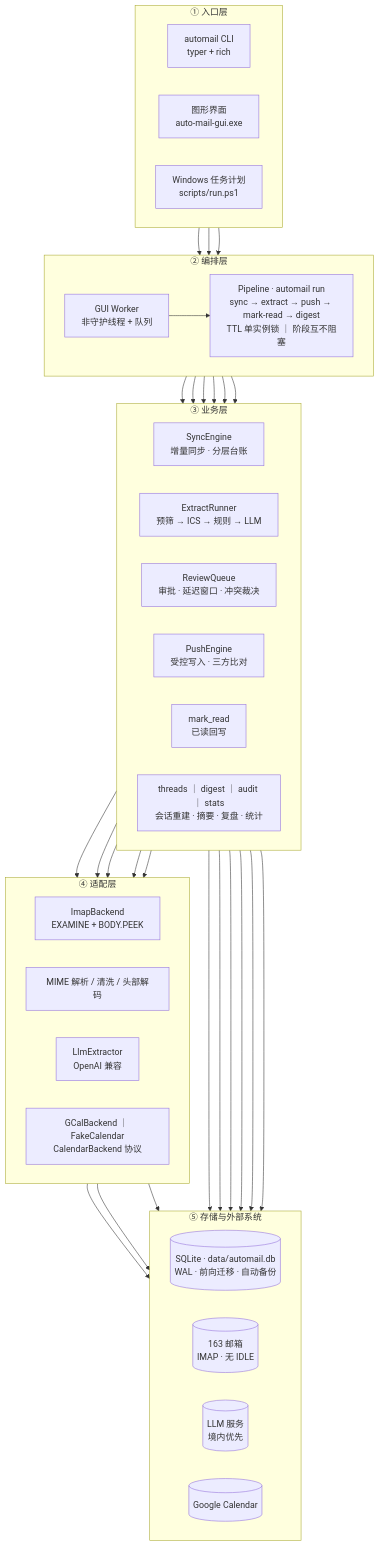
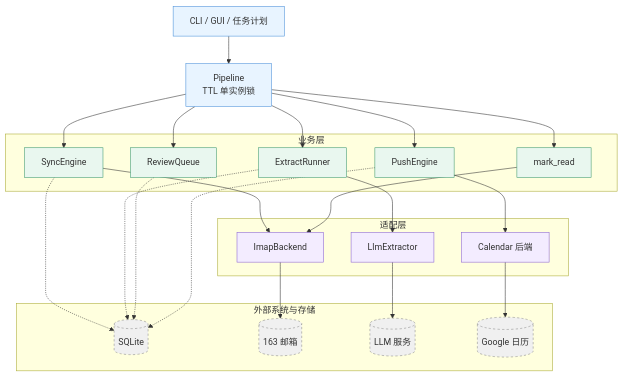
One commit to GoingFall/auto-mail changed the first of 7 diagrams in README.md. Above: the diagram before and after it, drawn with Mermaid. The commit also changed other lines of this file, not shown here.

First line of the commit message:
README: 按 mermaid-readability 规则重做全部图表

````diff
--- a/README.md
+++ b/README.md
@@ -43,52 +48,43 @@
 ```mermaid
 flowchart TB
-    subgraph L1["① 入口层"]
-        direction LR
-        CLIENTRY["automail CLI<br/>typer + rich"]
-        GUIENTRY["图形界面<br/>auto-mail-gui.exe"]
-        TASKENTRY["Windows 任务计划<br/>scripts/run.ps1"]
+    CLI["CLI / GUI / 任务计划"]
+    PIPE["Pipeline<br/>TTL 单实例锁"]
+
+    subgraph BIZ["业务层"]
+        SYNC["SyncEngine"]
+        EXT["ExtractRunner"]
+        REVQ["ReviewQueue"]
+        PUSH["PushEngine"]
+        MR["mark_read"]
     end
 
-    subgraph L2["② 编排层"]
-        direction LR
-        PIPE["Pipeline · automail run<br/>sync → extract → push → mark-read → digest<br/>TTL 单实例锁 ｜ 阶段互不阻塞"]
-        WORKER["GUI Worker<br/>非守护线程 + 队列"]
+    subgraph ADP["适配层"]
+        IMAPB["ImapBackend"]
+        LLMB["LlmExtractor"]
+        CALB["Calendar 后端"]
     end
 
-    subgraph L3["③ 业务层"]
-        direction LR
-        SYNC["SyncEngine<br/>增量同步 · 分层台账"]
-        EXT["ExtractRunner<br/>预筛 → ICS → 规则 → LLM"]
-        REVQ["ReviewQueue<br/>审批 · 延迟窗口 · 冲突裁决"]
-        PUSHER["PushEngine<br/>受控写入 · 三方比对"]
-        READER["mark_read<br/>已读回写"]
-        MISC["threads ｜ digest ｜ audit ｜ stats<br/>会话重建 · 摘要 · 复盘 · 统计"]
+    subgraph OUT["外部系统与存储"]
+        DB[("SQLite")]
+        MAIL[("163 邮箱")]
+        LLMSVC[("LLM 服务")]
+        GCAL[("Google 日历")]
     end
 
-    subgraph L4["④ 适配层"]
-        direction LR
-        IMAPB["ImapBackend<br/>EXAMINE + BODY.PEEK"]
-        MIMEB["MIME 解析 / 清洗 / 头部解码"]
-        LLMB["LlmExtractor<br/>OpenAI 兼容"]
-        CALB["GCalBackend ｜ FakeCalendar<br/>CalendarBackend 协议"]
-    end
+    CLI --> PIPE
+    PIPE --> SYNC & EXT & REVQ & PUSH & MR
+    SYNC --> IMAPB --> MAIL
+    EXT --> LLMB --> LLMSVC
+    PUSH --> CALB --> GCAL
+    MR --> IMAPB
+    SYNC & EXT & REVQ & PUSH -.-> DB
 
-    subgraph L5["⑤ 存储与外部系统"]
-        direction LR
-        DB[("SQLite · data/automail.db<br/>WAL · 前向迁移 · 自动备份")]
-        MAILSVC[("163 邮箱<br/>IMAP · 无 IDLE")]
-        LLMSVC[("LLM 服务<br/>境内优先")]
-        GCALSVC[("Google Calendar")]
-    end
-
-    CLIENTRY --> PIPE
-    TASKENTRY --> PIPE
-    GUIENTRY --> WORKER --> PIPE
-    PIPE --> SYNC & EXT & REVQ & PUSHER & READER & MISC
-    SYNC --> IMAPB --> MAILSVC
-    SYNC --> MIMEB
-    EXT --> LLMB --> LLMSVC
-    PUSHER --> CALB --> GCALSVC
-    READER --> IMAPB
-    SYNC & EXT & REVQ & PUSHER & READER & MISC --> DB
+    classDef entry fill:#e8f4ff,stroke:#4a90d9
+    classDef svc fill:#e9f7ef,stroke:#3d9970
+    classDef adp fill:#f3ecff,stroke:#8a63d2
+    classDef ext fill:#f0f0f0,stroke:#888,stroke-dasharray:4
+    class CLI,PIPE entry
+    class SYNC,EXT,REVQ,PUSH,MR svc
+    class IMAPB,LLMB,CALB adp
+    class DB,MAIL,LLMSVC,GCAL ext
 ```
````
